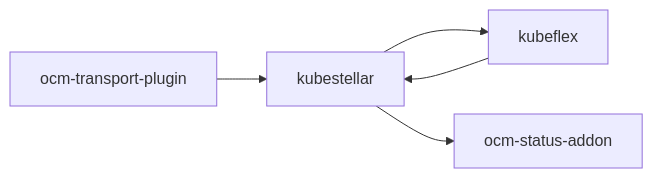
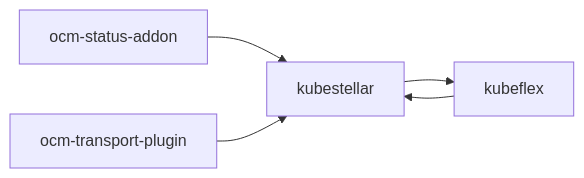
One commit to kubestellar/kubestellar changed the first of 2 diagrams in docs/content/v0.20/packaging.md. Above: the diagram before and after it, drawn with Mermaid. The commit also changed other lines of this file, not shown here.

````diff
--- a/docs/content/v0.20/packaging.md
+++ b/docs/content/v0.20/packaging.md
@@ -7,7 +9,7 @@
 ```mermaid
 flowchart LR
     kubestellar --> kubeflex
     kubeflex    --> kubestellar
-    kubestellar --> ocm-status-addon
+    ocm-status-addon     --> kubestellar
     ocm-transport-plugin --> kubestellar
 ```
````
